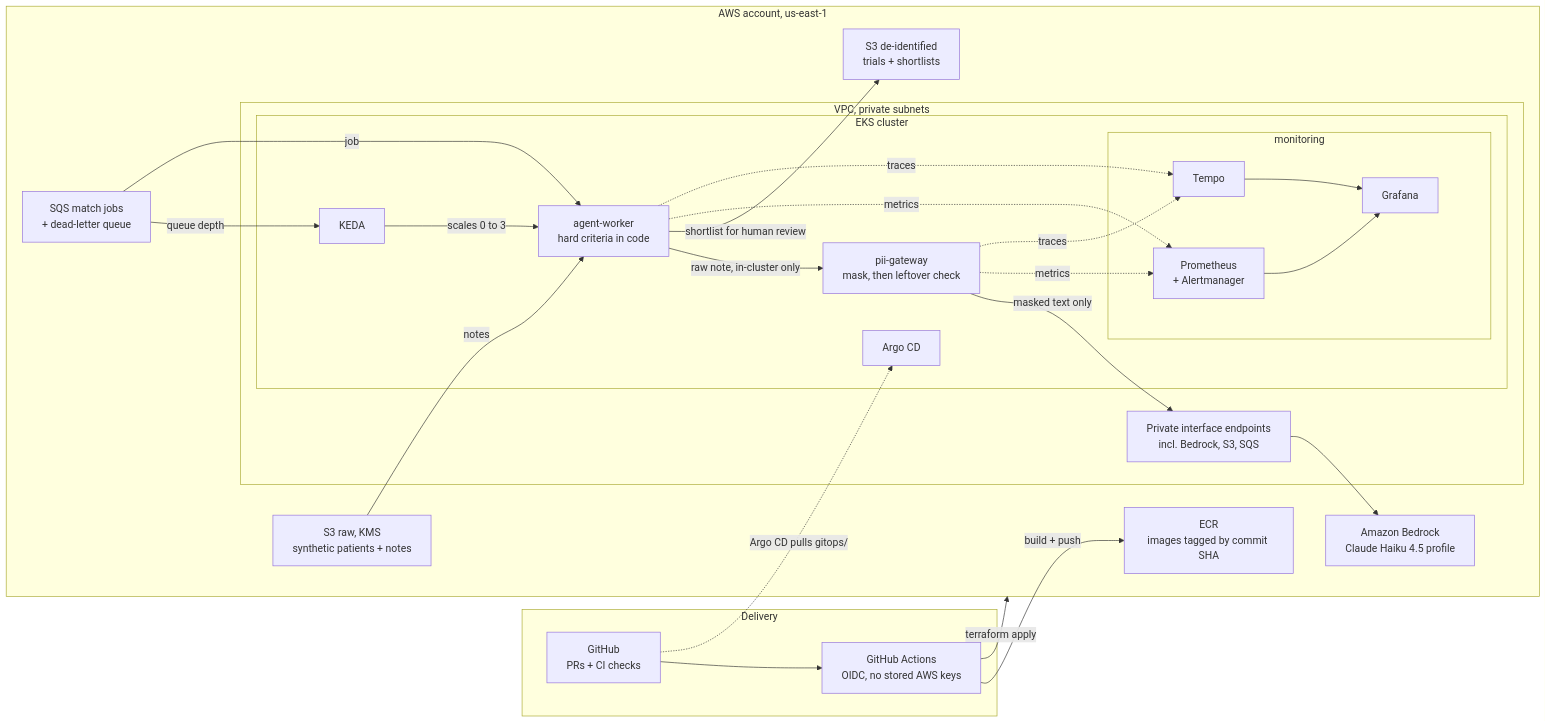
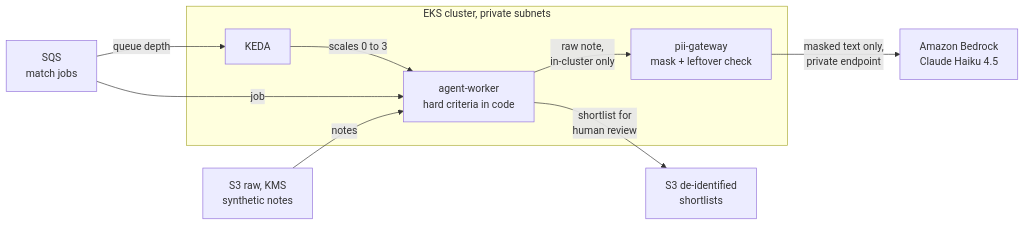
One commit to tonydwilliams616/clinical-trial-matching-llmops changed the first of 2 diagrams in README.md. Above: the diagram before and after it, drawn with Mermaid. The commit also changed other lines of this file, not shown here.

Commit message:
Split the architecture diagram into two readable flowcharts

````diff
--- a/README.md
+++ b/README.md
@@ -9,48 +11,17 @@
 ```mermaid
 flowchart LR
-  subgraph delivery["Delivery"]
-    gh["GitHub<br/>PRs + CI checks"]
-    gha["GitHub Actions<br/>OIDC, no stored AWS keys"]
+  sqs["SQS<br/>match jobs"] -- "queue depth" --> keda["KEDA"]
+  keda -- "scales 0 to 3" --> worker
+  sqs -- "job" --> worker
+  raw["S3 raw, KMS<br/>synthetic notes"] -- "notes" --> worker
+
+  subgraph eks["EKS cluster, private subnets"]
+    keda
+    worker["agent-worker<br/>hard criteria in code"]
+    gw["pii-gateway<br/>mask + leftover check"]
   end
 
-  subgraph aws["AWS account, us-east-1"]
-    ecr["ECR<br/>images tagged by commit SHA"]
-    sqs["SQS match jobs<br/>+ dead-letter queue"]
-    raw["S3 raw, KMS<br/>synthetic patients + notes"]
-    deid["S3 de-identified<br/>trials + shortlists"]
-    bedrock["Amazon Bedrock<br/>Claude Haiku 4.5 profile"]
-
-    subgraph vpc["VPC, private subnets"]
-      vpce["Private interface endpoints<br/>incl. Bedrock, S3, SQS"]
-
-      subgraph eks["EKS cluster"]
-        argo["Argo CD"]
-        keda["KEDA"]
-        worker["agent-worker<br/>hard criteria in code"]
-        gw["pii-gateway<br/>mask, then leftover check"]
-
-        subgraph obs["monitoring"]
-          prom["Prometheus<br/>+ Alertmanager"]
-          tempo["Tempo"]
-          graf["Grafana"]
-        end
-      end
-    end
-  end
-
-  gh --> gha
-  gha -- "terraform apply" --> aws
-  gha -- "build + push" --> ecr
-  gh -. "Argo CD pulls gitops/" .-> argo
-  sqs -- "queue depth" --> keda
-  keda -- "scales 0 to 3" --> worker
-  sqs -- "job" --> worker
-  raw -- "notes" --> worker
-  worker -- "raw note, in-cluster only" --> gw
-  gw -- "masked text only" --> vpce
-  vpce --> bedrock
-  worker -- "shortlist for human review" --> deid
-  worker & gw -. "metrics" .-> prom
-  worker & gw -. "traces" .-> tempo
-  prom & tempo --> graf
+  worker -- "raw note,<br/>in-cluster only" --> gw
+  gw -- "masked text only,<br/>private endpoint" --> bedrock["Amazon Bedrock<br/>Claude Haiku 4.5"]
+  worker -- "shortlist for<br/>human review" --> deid["S3 de-identified<br/>shortlists"]
 ```
````
